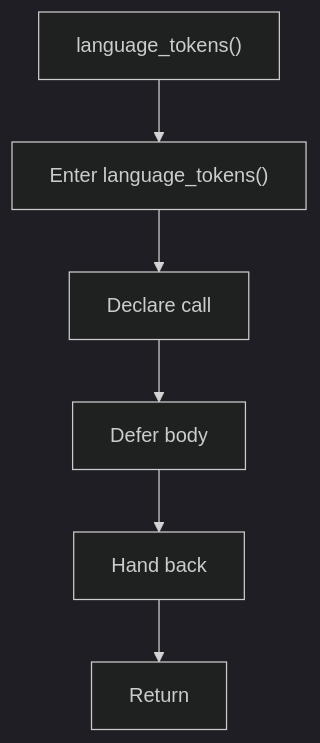
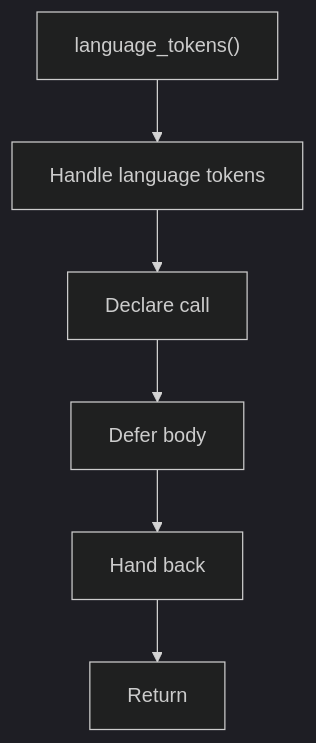
One commit to JohnAndrewBalbarosa/NeoTerritory changed the fourth of 5 diagrams in docs/Codebase/Microservice/Modules/Header/SyntacticBrokenAST/Analysis/Lexical/language_tokens.hpp.md. Above: the diagram before and after it, drawn with Mermaid (dark theme). The commit also changed other lines of this file and 925 other files, not shown here.

````diff
--- a/docs/Codebase/Microservice/Modules/Header/SyntacticBrokenAST/Analysis/Lexical/language_tokens.hpp.md
+++ b/docs/Codebase/Microservice/Modules/Header/SyntacticBrokenAST/Analysis/Lexical/language_tokens.hpp.md
@@ -123,14 +122,14 @@
 ```mermaid
 flowchart TD
     Start["language_tokens()"]
-    N0["Enter language_tokens()"]
+    N0["Handle language tokens"]
     N1["Declare call"]
     N2["Defer body"]
     N3["Hand back"]
     End["Return"]
     Start --> N0
     N0 --> N1
     N1 --> N2
     N2 --> N3
     N3 --> End
 ```
````
